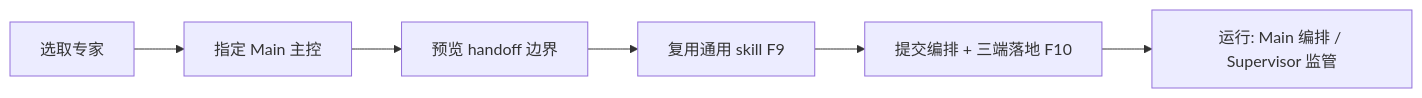
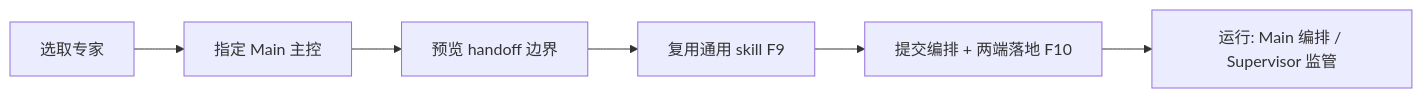
One commit to Ghost233/ghost-agent-market changed the second of 5 diagrams in delivery/UserStory.md. Above: the diagram before and after it, drawn with Mermaid. The commit also changed other lines of this file and 8 other files, not shown here.

````diff
--- a/delivery/UserStory.md
+++ b/delivery/UserStory.md
@@ -268,8 +267,8 @@
 ```mermaid
 flowchart LR
     O1[选取专家] --> O2[指定 Main 主控]
     O2 --> O3[预览 handoff 边界]
     O3 --> O4[复用通用 skill F9]
-    O4 --> O5[提交编排 + 三端落地 F10]
+    O4 --> O5[提交编排 + 两端落地 F10]
     O5 --> O6[运行: Main 编排 / Supervisor 监管]
 ```
````
